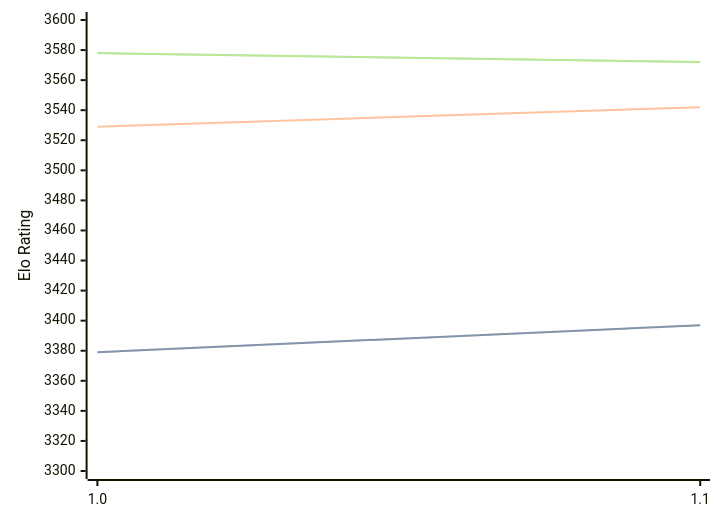
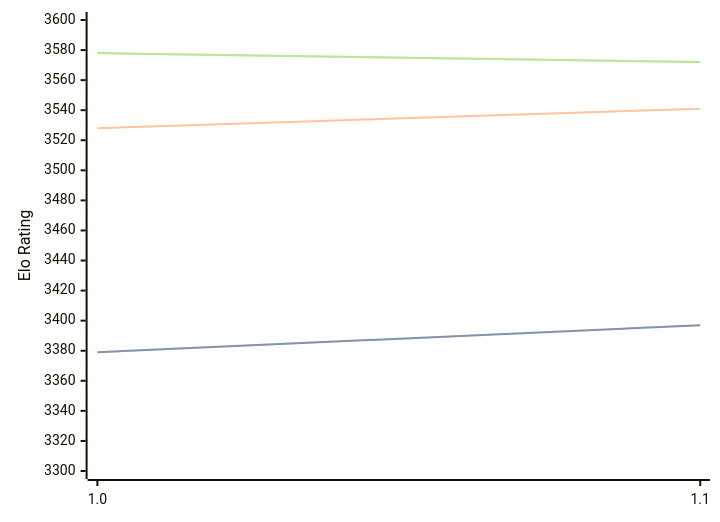
One commit to computer-chess-index/cci changed the diagram in engines/Horsie.md. Above: the diagram before and after it, drawn with Mermaid. The commit also changed other lines of this file, not shown here.

````diff
--- a/engines/Horsie.md
+++ b/engines/Horsie.md
@@ -30,11 +30,11 @@
 ```mermaid
 %%{init: {"theme":"base","themeVariables":{"seriesColors:['#a3a3a3','#222221','#faa371']}}}%%
 xychart-beta
   x-axis ["1.0", "1.1"]
   y-axis "Elo Rating" 3300 --> 3600
   line "STC (8.0+0.08s)" [3379, 3397]
   line "STC (8.0+0.08s)" [3379, 3397]
-  line "LTC (60.0+0.60s)" [3529, 3542]
+  line "LTC (60.0+0.60s)" [3528, 3541]
   line "VLTC (2m24s+1.12s)" [3578, 3572]
   line "VLTC (2m24s+1.12s)" [3578, 3572]
 ```
````
